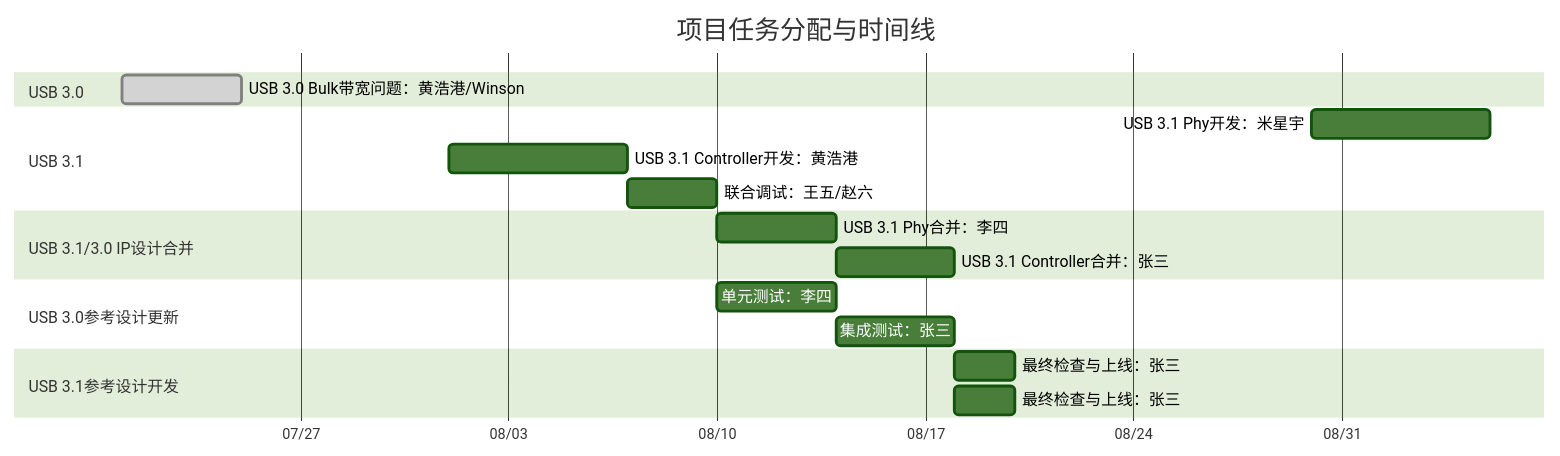
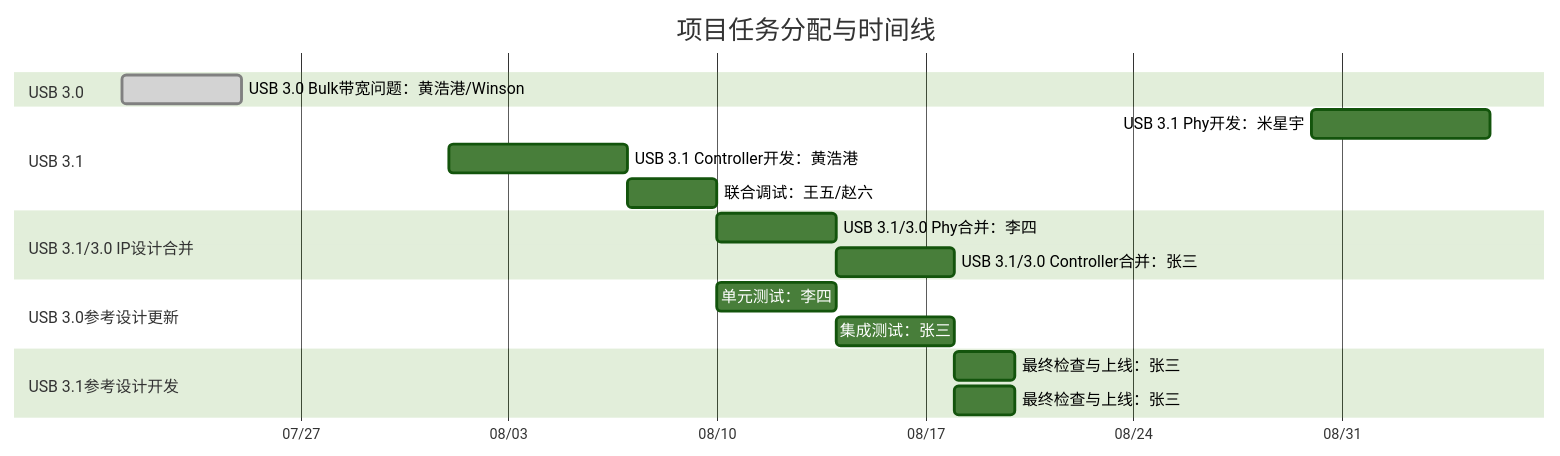
The diagram in all/未命名.md (winsonbook/iodraw-files), drawn with Mermaid (forest theme) before and after one commit.

Commit message:
2025-07-21 09:51:16 update

````diff
--- a/all/未命名.md
+++ b/all/未命名.md
@@ -1,29 +1,29 @@
 ```mermaid
 gantt
     title 项目任务分配与时间线
     dateFormat  YYYY-MM-DD
     axisFormat  %m/%d
 
     section USB 3.0
     USB 3.0 Bulk带宽问题：黄浩港/Winson   :done,    task1, 2025-07-21, 4d
 
     section USB 3.1
     USB 3.1 Phy开发：米星宇      :         task3, 2025-08-30, 6d
     USB 3.1 Controller开发：黄浩港      :  task4, 2025-08-01, 6d
     联合调试：王五/赵六  :         task5, 2025-08-07, 3d
 
     section USB 3.1/3.0 IP设计合并
-    USB 3.1 Phy合并：李四       :         task6, 2025-08-10, 4d
-    USB 3.1 Controller合并：张三       :         task7, 2025-08-14, 4d
+    USB 3.1/3.0 Phy合并：李四       :         task6, 2025-08-10, 4d
+    USB 3.1/3.0 Controller合并：张三       :         task7, 2025-08-14, 4d
 
     section USB 3.0参考设计更新
     单元测试：李四       :         task6, 2025-08-10, 4d
     集成测试：张三       :         task7, 2025-08-14, 4d
 
     section USB 3.1参考设计开发
     最终检查与上线：张三 :         task8, 2025-08-18, 2d
 
     section USB 3.1参考设计开发
     最终检查与上线：张三 :         task8, 2025-08-18, 2d
 
 ```
````
